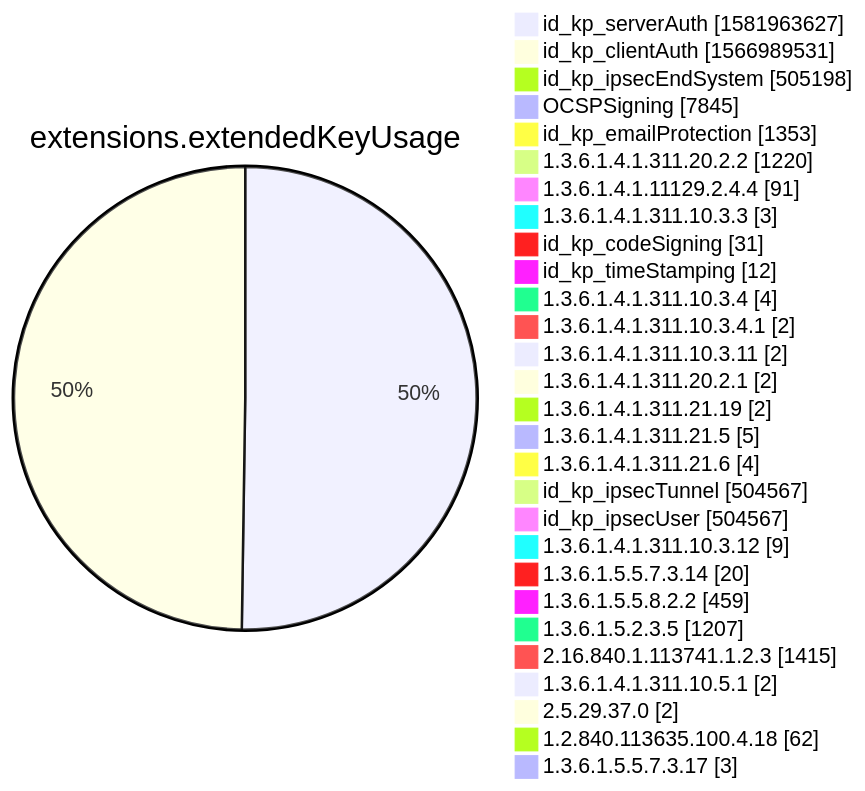
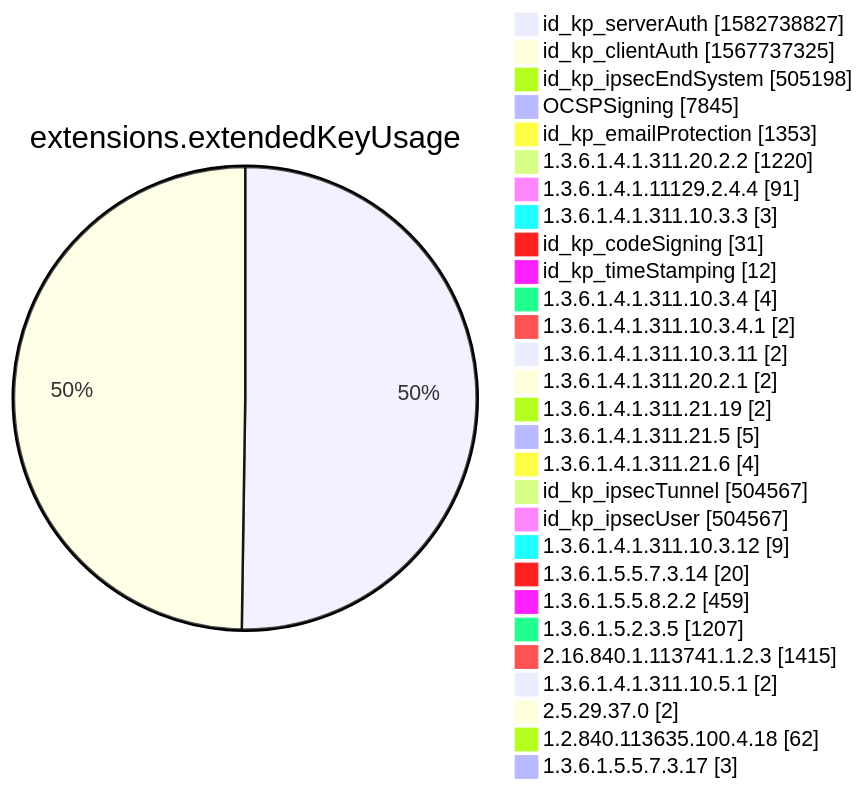
Diagram 12 of 15 in xenon2022/README.md (christiankrug/ctmonitor_visualization), drawn with Mermaid before and after one commit. The commit also changed other lines of this file, not shown here.

````diff
--- a/xenon2022/README.md
+++ b/xenon2022/README.md
@@ -3884,32 +3884,32 @@
 ```mermaid
 pie showData
 title extensions.extendedKeyUsage
-"id_kp_serverAuth" :1581963627
-"id_kp_clientAuth" :1566989531
+"id_kp_serverAuth" :1582738827
+"id_kp_clientAuth" :1567737325
 "id_kp_ipsecEndSystem" :505198
 "OCSPSigning" :7845
 "id_kp_emailProtection" :1353
 "1.3.6.1.4.1.311.20.2.2" :1220
 "1.3.6.1.4.1.11129.2.4.4" :91
 "1.3.6.1.4.1.311.10.3.3" :3
 "id_kp_codeSigning" :31
 "id_kp_timeStamping" :12
 "1.3.6.1.4.1.311.10.3.4" :4
 "1.3.6.1.4.1.311.10.3.4.1" :2
 "1.3.6.1.4.1.311.10.3.11" :2
 "1.3.6.1.4.1.311.20.2.1" :2
 "1.3.6.1.4.1.311.21.19" :2
 "1.3.6.1.4.1.311.21.5" :5
 "1.3.6.1.4.1.311.21.6" :4
 "id_kp_ipsecTunnel" :504567
 "id_kp_ipsecUser" :504567
 "1.3.6.1.4.1.311.10.3.12" :9
 "1.3.6.1.5.5.7.3.14" :20
 "1.3.6.1.5.5.8.2.2" :459
 "1.3.6.1.5.2.3.5" :1207
 "2.16.840.1.113741.1.2.3" :1415
 "1.3.6.1.4.1.311.10.5.1" :2
 "2.5.29.37.0" :2
 "1.2.840.113635.100.4.18" :62
 "1.3.6.1.5.5.7.3.17" :3
 ```
````
